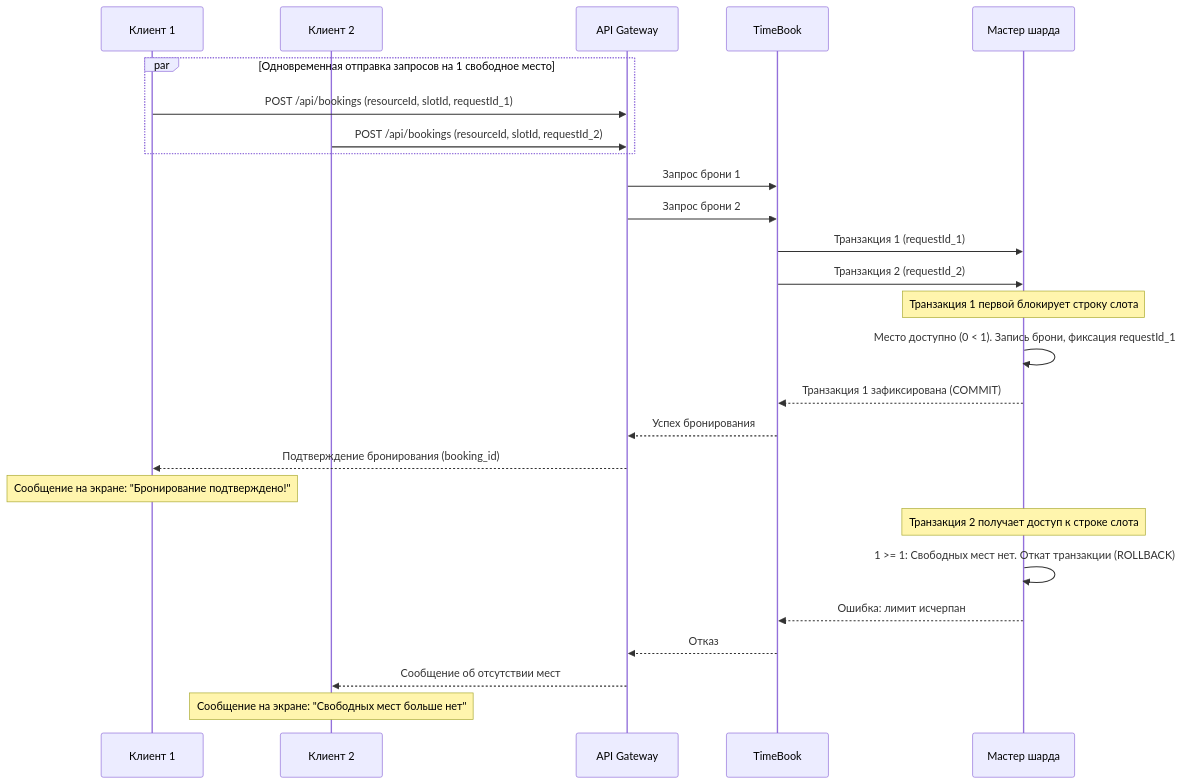
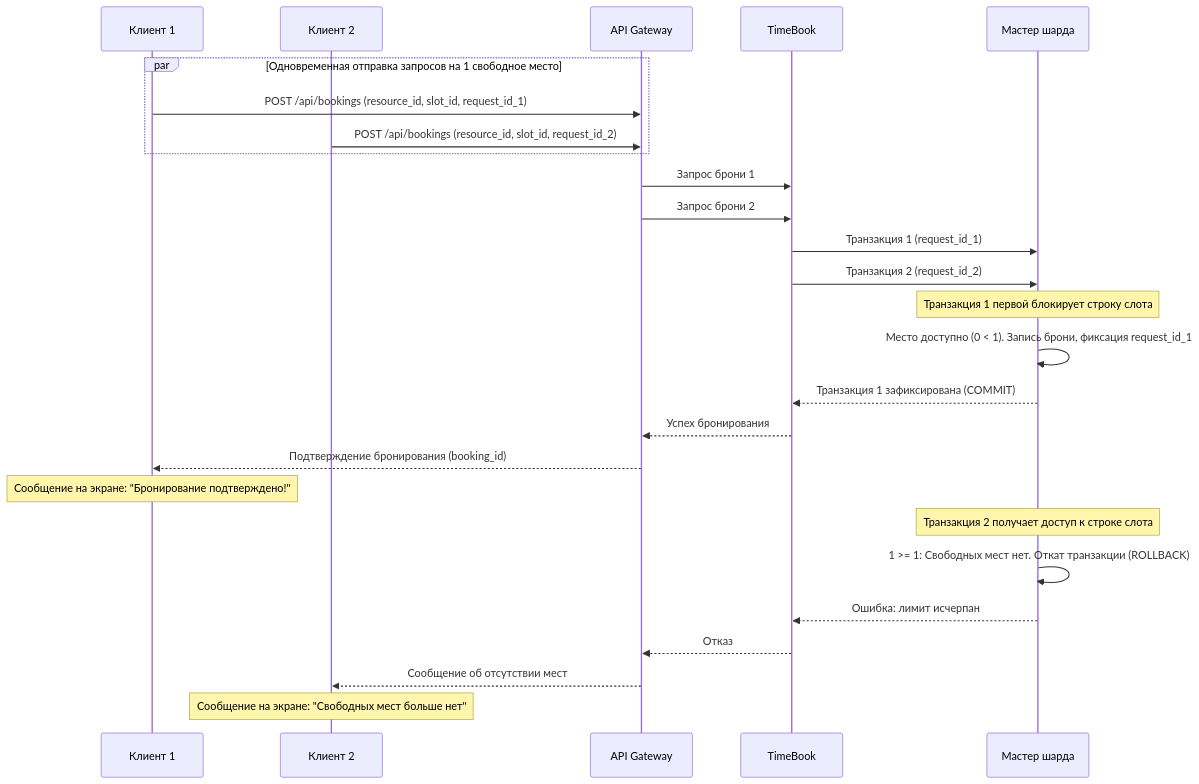
Before and after one commit to spbu-ds-practicum-2026/4positions: the fifth of 7 diagrams in docs/tr.md, drawn with Mermaid. The commit also changed other lines of this file, not shown here.

````diff
--- a/docs/tr.md
+++ b/docs/tr.md
@@ -288,29 +298,29 @@
 ```mermaid
 sequenceDiagram
   participant ClientA as Клиент 1
   participant ClientB as Клиент 2
   participant APIGateway as API Gateway
   participant TimeBook as TimeBook
   participant Master as Мастер шарда
 
   par Одновременная отправка запросов на 1 свободное место
-    ClientA->>APIGateway: POST /api/bookings (resourceId, slotId, requestId_1)
-    ClientB->>APIGateway: POST /api/bookings (resourceId, slotId, requestId_2)
+    ClientA->>APIGateway: POST /api/bookings (resource_id, slot_id, request_id_1)
+    ClientB->>APIGateway: POST /api/bookings (resource_id, slot_id, request_id_2)
   end
   APIGateway->>TimeBook: Запрос брони 1
   APIGateway->>TimeBook: Запрос брони 2
-  TimeBook->>Master: Транзакция 1 (requestId_1)
-  TimeBook->>Master: Транзакция 2 (requestId_2)
+  TimeBook->>Master: Транзакция 1 (request_id_1)
+  TimeBook->>Master: Транзакция 2 (request_id_2)
   Note over Master: Транзакция 1 первой блокирует строку слота
-  Master->>Master: Место доступно (0 < 1). Запись брони, фиксация requestId_1
+  Master->>Master: Место доступно (0 < 1). Запись брони, фиксация request_id_1
   Master-->>TimeBook: Транзакция 1 зафиксирована (COMMIT)
   TimeBook-->>APIGateway: Успех бронирования
   APIGateway-->>ClientA: Подтверждение бронирования (booking_id)
   Note over ClientA: Сообщение на экране: "Бронирование подтверждено!"
   Note over Master: Транзакция 2 получает доступ к строке слота
   Master->>Master: 1 >= 1: Свободных мест нет. Откат транзакции (ROLLBACK)
   Master-->>TimeBook: Ошибка: лимит исчерпан
   TimeBook-->>APIGateway: Отказ
   APIGateway-->>ClientB: Сообщение об отсутствии мест
   Note over ClientB: Сообщение на экране: "Свободных мест больше нет"
 ```
````
